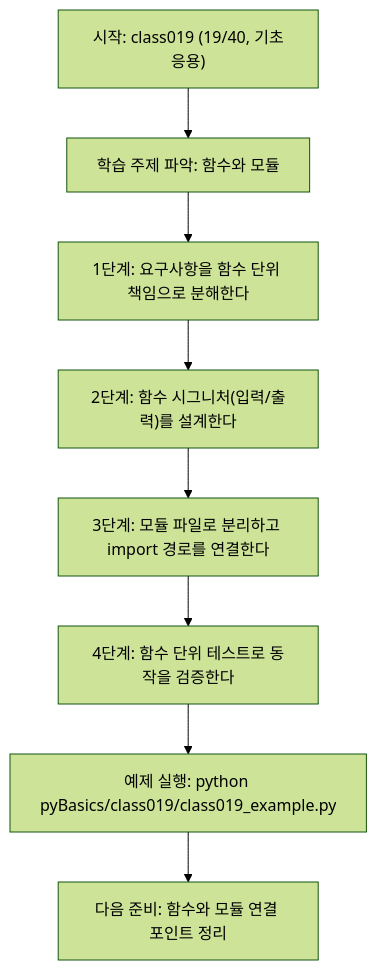
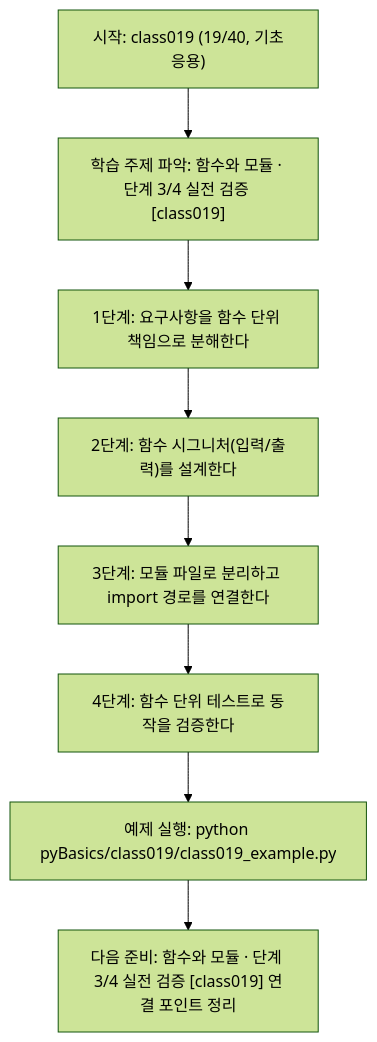
The diagram in pyBasics/class019/class019.md (edumgt/Python-AI_Agent-Class), drawn with Mermaid (forest theme) before and after one commit. The commit also changed other lines of this file and 522 other files, not shown here.

````diff
--- a/pyBasics/class019/class019.md
+++ b/pyBasics/class019/class019.md
@@ -108,18 +109,18 @@
 ```mermaid
 flowchart TD
 N1["시작: class019 (19/40, 기초응용)"]
-N2["학습 주제 파악: 함수와 모듈"]
+N2["학습 주제 파악: 함수와 모듈 · 단계 3/4 실전 검증 [class019]"]
 N3["1단계: 요구사항을 함수 단위 책임으로 분해한다"]
 N4["2단계: 함수 시그니처(입력/출력)를 설계한다"]
 N5["3단계: 모듈 파일로 분리하고 import 경로를 연결한다"]
 N6["4단계: 함수 단위 테스트로 동작을 검증한다"]
 N7["예제 실행: python pyBasics/class019/class019_example.py"]
-N8["다음 준비: 함수와 모듈 연결 포인트 정리"]
+N8["다음 준비: 함수와 모듈 · 단계 3/4 실전 검증 [class019] 연결 포인트 정리"]
 N1 --> N2
 N2 --> N3
 N3 --> N4
 N4 --> N5
 N5 --> N6
 N6 --> N7
 N7 --> N8
 ```
````
